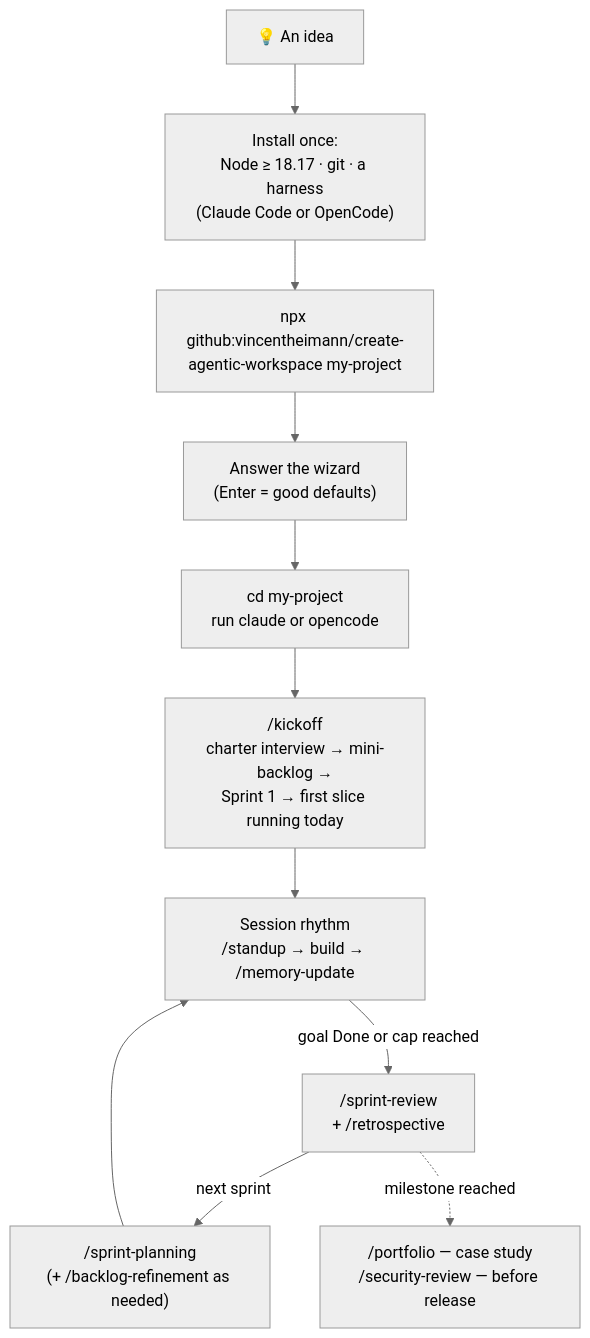
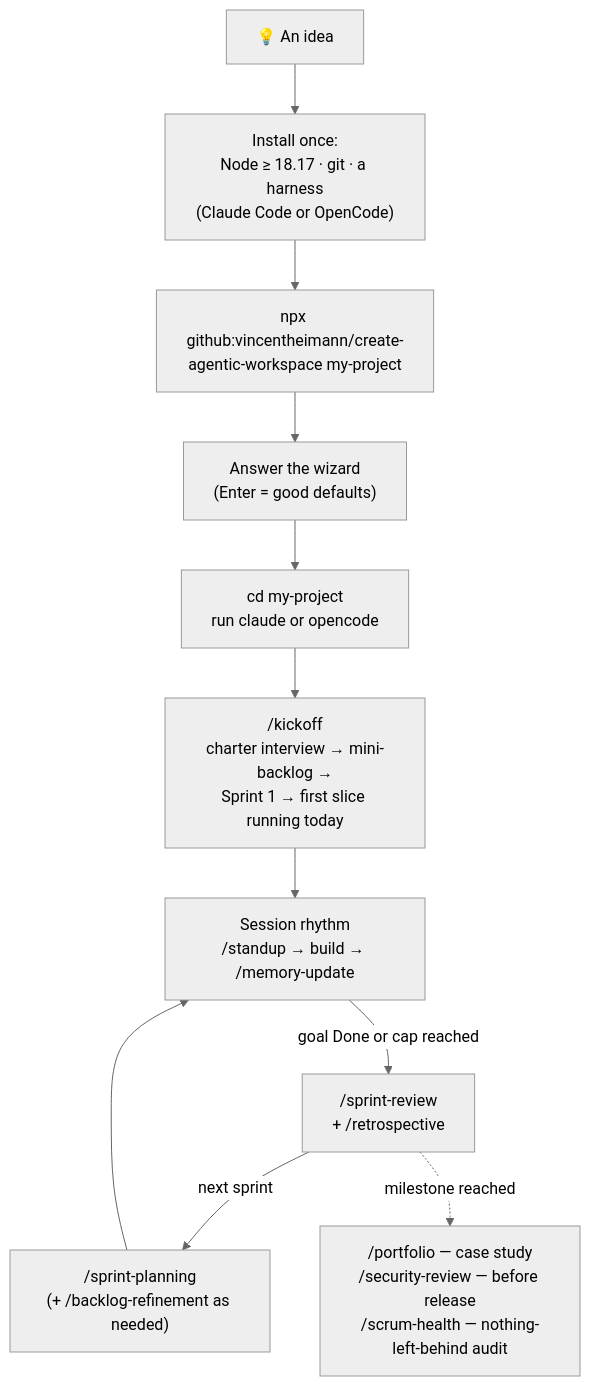
The second of 2 diagrams in docs/HOW-IT-WORKS.md (vincentheimann/create-agentic-workspace), drawn with Mermaid (neutral theme) before and after one commit.

Commit message:
docs: add /scrum-health to the user-path diagram in HOW-IT-WORKS

````diff
--- a/docs/HOW-IT-WORKS.md
+++ b/docs/HOW-IT-WORKS.md
@@ -56,13 +56,13 @@
 ```mermaid
 flowchart TD
     A["💡 An idea"] --> B["Install once:<br/>Node ≥ 18.17 · git · a harness<br/>(Claude Code or OpenCode)"]
     B --> C["npx github:vincentheimann/create-agentic-workspace my-project"]
     C --> D["Answer the wizard<br/>(Enter = good defaults)"]
     D --> E["cd my-project<br/>run claude or opencode"]
     E --> F["/kickoff<br/>charter interview → mini-backlog →<br/>Sprint 1 → first slice running today"]
     F --> G["Session rhythm<br/>/standup → build → /memory-update"]
     G -->|"goal Done or cap reached"| H["/sprint-review<br/>+ /retrospective"]
     H -->|"next sprint"| I["/sprint-planning<br/>(+ /backlog-refinement as needed)"]
     I --> G
-    H -.->|"milestone reached"| J["/portfolio — case study<br/>/security-review — before release"]
+    H -.->|"milestone reached"| J["/portfolio — case study<br/>/security-review — before release<br/>/scrum-health — nothing-left-behind audit"]
 ```
````
